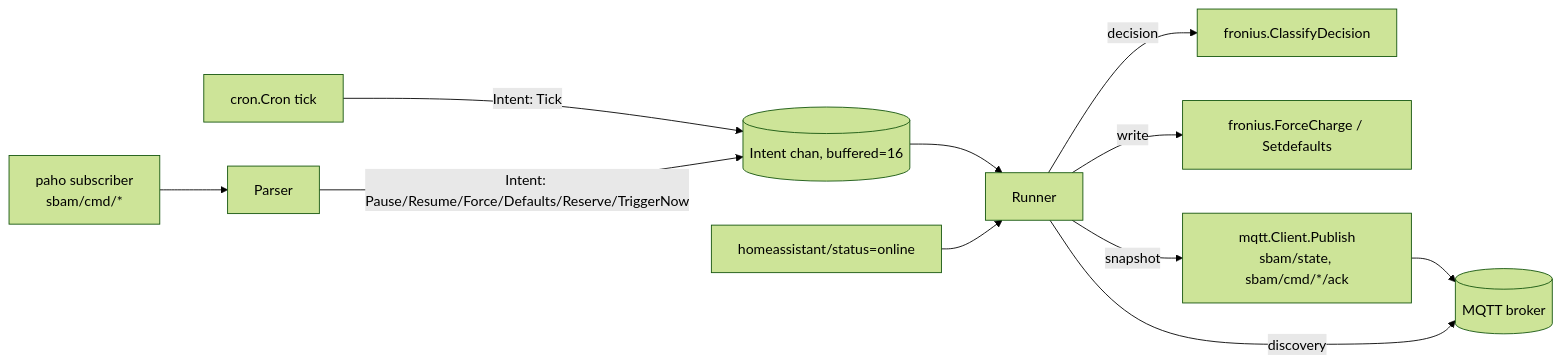
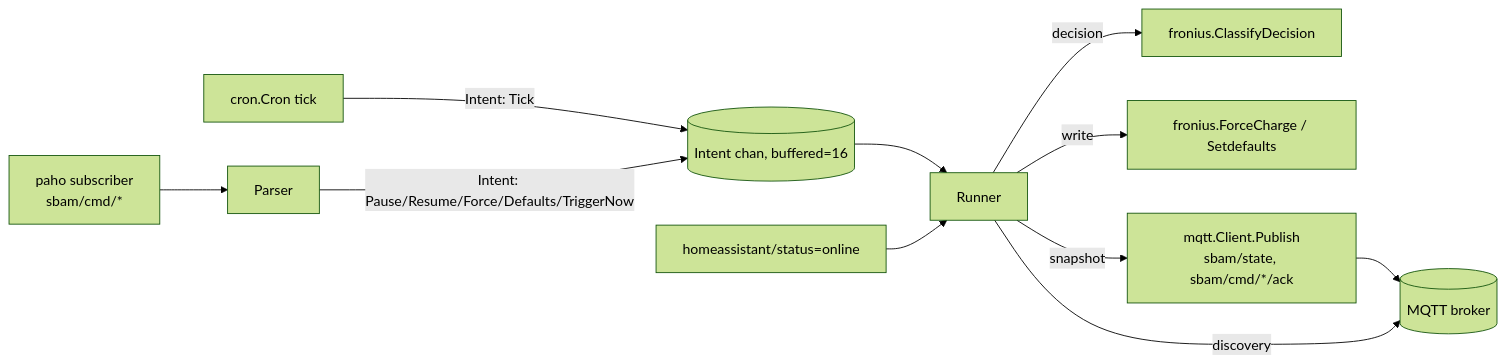
Before and after one commit to atbore-phx/sbam: the diagram in docs/implementations/64-issue-mqtt-feed/64-issue-mqtt-feed-PLAN.md, drawn with Mermaid (forest theme). The commit also changed other lines of this file and 11 other files, not shown here.

````diff
--- a/docs/implementations/64-issue-mqtt-feed/64-issue-mqtt-feed-PLAN.md
+++ b/docs/implementations/64-issue-mqtt-feed/64-issue-mqtt-feed-PLAN.md
@@ -53,13 +78,13 @@
 ```mermaid
 flowchart LR
   Cron[cron.Cron tick] -->|Intent: Tick| Inbox
   MQTTSub[paho subscriber<br/>sbam/cmd/*] --> Parser
-  Parser -->|Intent: Pause/Resume/Force/Defaults/Reserve/TriggerNow| Inbox
+  Parser -->|Intent: Pause/Resume/Force/Defaults/TriggerNow| Inbox
   Inbox[(Intent chan, buffered=16)] --> Runner
   Runner -- decision --> Classify[fronius.ClassifyDecision]
   Runner -- write --> Modbus[fronius.ForceCharge / Setdefaults]
   Runner -- snapshot --> Pub[mqtt.Client.Publish<br/>sbam/state, sbam/cmd/*/ack]
   Pub --> Broker[(MQTT broker)]
   HA[homeassistant/status=online] --> Runner
   Runner -- discovery --> Broker
 ```
````
